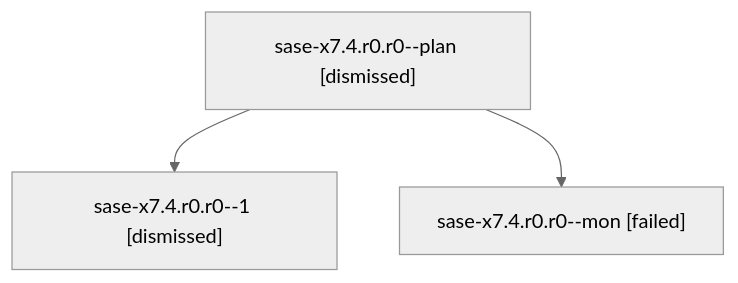
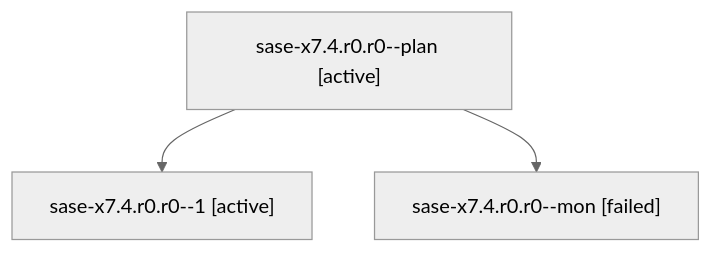
One commit to sase-org/sase--agents changed the diagram in families/bbugyi200.athena.sase-x7.4.r0.r0.md. Above: the diagram before and after it, drawn with Mermaid (neutral theme). The commit also changed other lines of this file and 35830 other files, not shown here.

````diff
--- a/families/bbugyi200.athena.sase-x7.4.r0.r0.md
+++ b/families/bbugyi200.athena.sase-x7.4.r0.r0.md
@@ -9,8 +9,8 @@
 ```mermaid
 flowchart TD
-  n0["sase-x7.4.r0.r0--plan [dismissed]"]
-  n1["sase-x7.4.r0.r0--1 [dismissed]"]
+  n0["sase-x7.4.r0.r0--plan [active]"]
+  n1["sase-x7.4.r0.r0--1 [active]"]
   n0 --> n1
   n2["sase-x7.4.r0.r0--mon [failed]"]
   n0 --> n2
 ```
````
